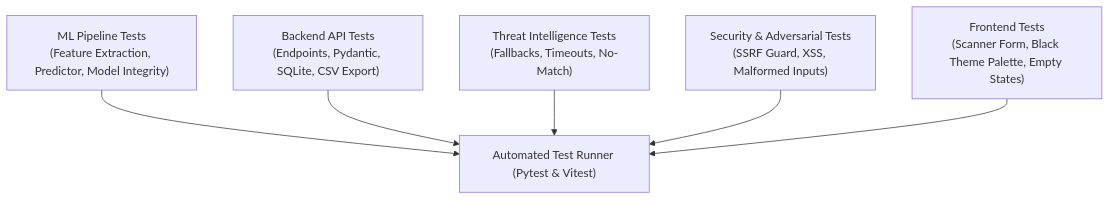
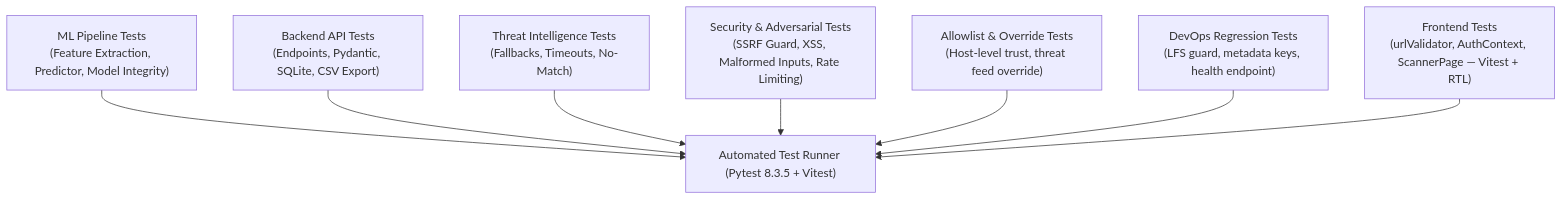
One commit to varunshetty1893/PhishGuard.Ai changed the diagram in docs/TESTING_REPORT.md. Above: the diagram before and after it, drawn with Mermaid. The commit also changed other lines of this file and 20 other files, not shown here.

Commit message:
phase-2: devops & reproducibility — LFS guard, docker named volume + healthcheck + non-root user, metadata key fixes, CI workflow, PROVENANCE docs, lazy code splitting, vitest tests

````diff
--- a/docs/TESTING_REPORT.md
+++ b/docs/TESTING_REPORT.md
@@ -6,14 +6,18 @@
 ```mermaid
 graph TD
     MLTests["ML Pipeline Tests\n(Feature Extraction, Predictor, Model Integrity)"]
     BackendTests["Backend API Tests\n(Endpoints, Pydantic, SQLite, CSV Export)"]
     ThreatIntelTests["Threat Intelligence Tests\n(Fallbacks, Timeouts, No-Match)"]
-    SecurityTests["Security & Adversarial Tests\n(SSRF Guard, XSS, Malformed Inputs)"]
-    FrontendTests["Frontend Tests\n(Scanner Form, Black Theme Palette, Empty States)"]
+    SecurityTests["Security & Adversarial Tests\n(SSRF Guard, XSS, Malformed Inputs, Rate Limiting)"]
+    AllowlistTests["Allowlist & Override Tests\n(Host-level trust, threat feed override)"]
+    DevOpsTests["DevOps Regression Tests\n(LFS guard, metadata keys, health endpoint)"]
+    FrontendTests["Frontend Tests\n(urlValidator, AuthContext, ScannerPage — Vitest + RTL)"]
 
-    MLTests --> TestRunner["Automated Test Runner (Pytest & Vitest)"]
+    MLTests --> TestRunner["Automated Test Runner (Pytest 8.3.5 + Vitest)"]
     BackendTests --> TestRunner
     ThreatIntelTests --> TestRunner
     SecurityTests --> TestRunner
+    AllowlistTests --> TestRunner
+    DevOpsTests --> TestRunner
     FrontendTests --> TestRunner
 ```
````
